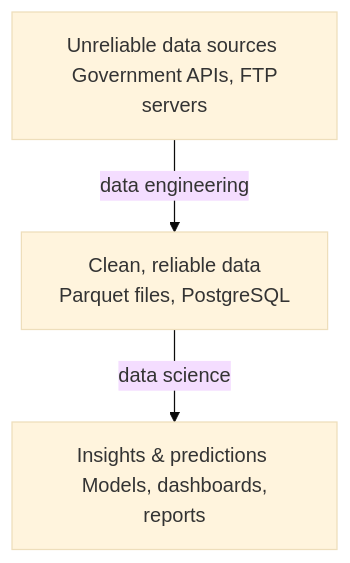
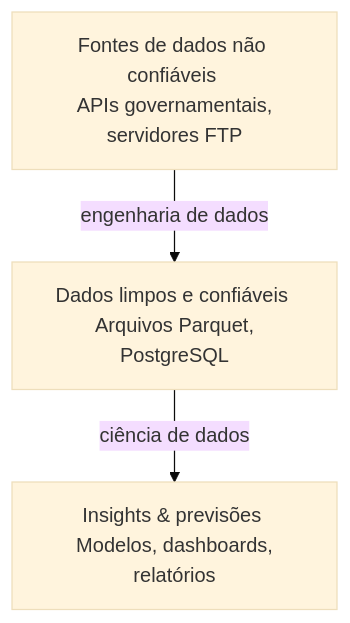
One commit to Quantilica/docs changed the first of 7 diagrams in docs/concepts/data-engineering.md. Above: the diagram before and after it, drawn with Mermaid (base theme). The commit also changed other lines of this file and 31 other files, not shown here.

````diff
--- a/docs/concepts/data-engineering.md
+++ b/docs/concepts/data-engineering.md
@@ -11,5 +11,5 @@
 ```mermaid
 graph TD
-    A[Unreliable data sources <br/> Government APIs, FTP servers] -- data engineering --> B[Clean, reliable data <br/> Parquet files, PostgreSQL]
-    B -- data science --> C[Insights & predictions <br/> Models, dashboards, reports]
+    A[Fontes de dados não confiáveis <br/> APIs governamentais, servidores FTP] -- engenharia de dados --> B[Dados limpos e confiáveis <br/> Arquivos Parquet, PostgreSQL]
+    B -- ciência de dados --> C[Insights & previsões <br/> Modelos, dashboards, relatórios]
 ```
````
